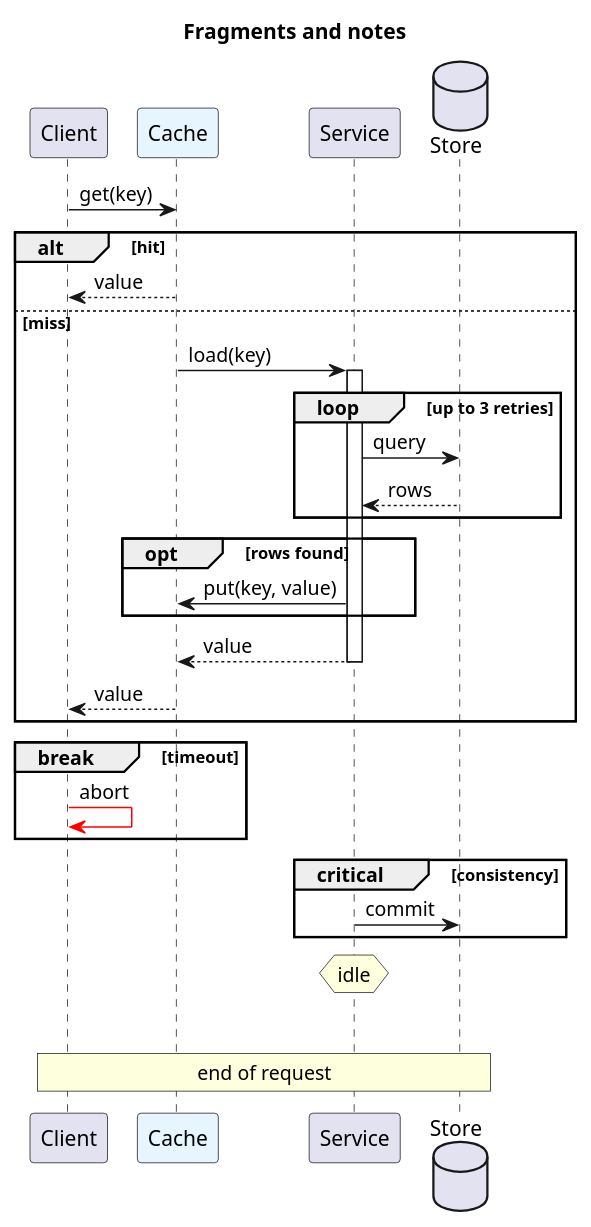
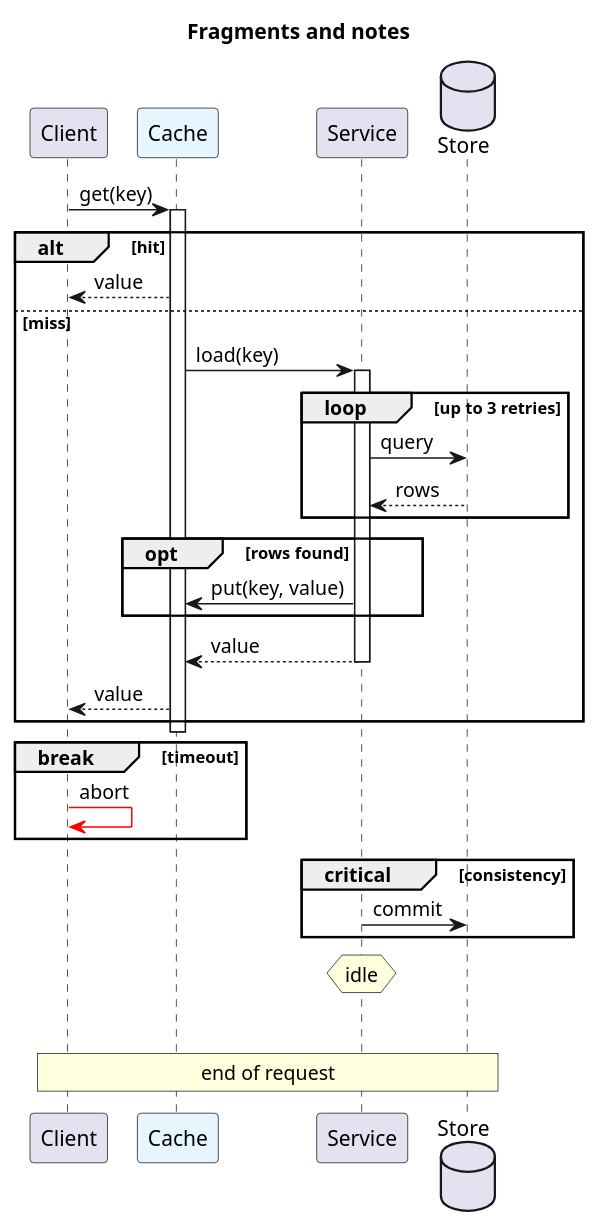
One commit to grethel-labs/excaliplant changed the diagram in examples/sequence/fragments-notes.puml. Above: the diagram before and after it, drawn with PlantUML. The commit also changed 70 other files, not shown here.

First line of the commit message:
fix: visual review of all diagram types

```diff
--- a/examples/sequence/fragments-notes.puml
+++ b/examples/sequence/fragments-notes.puml
@@ -1,31 +1,32 @@
 @startuml
 title Fragments and notes
 participant Client
 participant Cache #e7f5ff
 participant Service
 database Store
-Client -> Cache : get(key)
+Client -> Cache ++ : get(key)
 alt hit
   Cache --> Client : value
 else miss
   Cache -> Service ++ : load(key)
   loop up to 3 retries
     Service -> Store : query
     Store --> Service : rows
   end
   opt rows found
     Service -> Cache : put(key, value)
   end
   Service --> Cache -- : value
   Cache --> Client : value
 end
+deactivate Cache
 break timeout
   Client -[#red]> Client : abort
 end
 critical consistency
   Service -> Store : commit
 end
 hnote over Service : idle
 ||30||
 rnote over Client, Store : end of request
 @enduml
```
